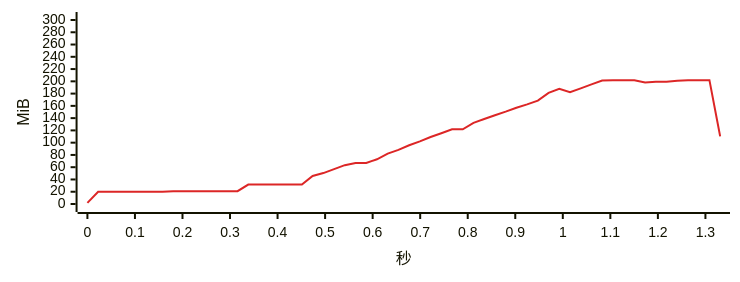
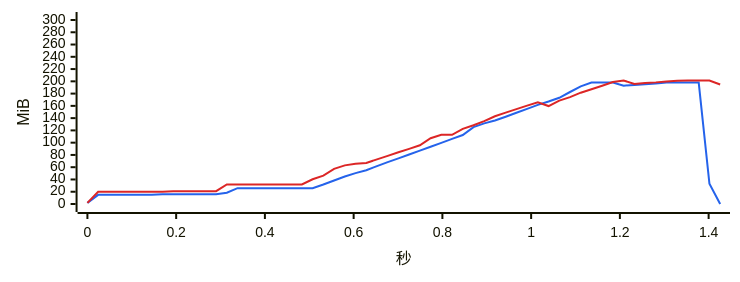
One commit to 334456777/WeFlow changed the tenth of 17 diagrams in bench/v4.1.0/summary.md. Above: the diagram before and after it, drawn with Mermaid. The commit also changed other lines of this file and 3 other files, not shown here.

````diff
--- a/bench/v4.1.0/summary.md
+++ b/bench/v4.1.0/summary.md
@@ -379,7 +386,8 @@
 ```mermaid
-%%{init: {"xyChart": {"width": 720, "height": 260}, "themeVariables": {"xyChart": {"plotColorPalette": "#dc2626"}}}}%%
+%%{init: {"xyChart": {"width": 720, "height": 260}, "themeVariables": {"xyChart": {"plotColorPalette": "#2563eb, #dc2626"}}}}%%
 xychart-beta
-    x-axis "秒" 0 --> 1.331
+    x-axis "秒" 0 --> 1.426
     y-axis "MiB" 0 --> 300
-    line [1.8, 19.9, 19.9, 19.9, 19.9, 19.9, 19.9, 19.9, 20.9, 20.9, 20.9, 20.9, 20.9, 20.9, 20.9, 31.7, 31.7, 31.7, 31.7, 31.7, 31.7, 45.8, 50.4, 56.8, 63.3, 67.0, 67.0, 72.9, 82.1, 88.3, 95.8, 102.2, 109.3, 115.4, 121.8, 121.8, 132.2, 138.6, 144.7, 150.6, 157.0, 162.5, 168.6, 181.1, 187.8, 182.2, 188.6, 195.0, 201.4, 201.9, 201.9, 201.9, 198.0, 199.2, 199.2, 200.9, 201.9, 201.9, 201.9, 110.3]
+    line [1.8, 14.9, 14.9, 14.9, 14.9, 14.9, 14.9, 15.8, 15.8, 15.8, 15.8, 15.8, 15.8, 18.3, 25.8, 25.8, 25.8, 25.8, 25.8, 25.8, 25.8, 25.8, 31.8, 38.3, 44.9, 50.4, 55.1, 61.8, 68.2, 74.4, 80.8, 87.1, 93.3, 99.7, 106.1, 112.4, 125.4, 131.5, 136.1, 142.2, 148.7, 155.1, 161.6, 167.1, 173.2, 182.6, 191.8, 198.0, 198.0, 198.0, 193.0, 194.2, 195.2, 196.3, 197.9, 197.9, 197.9, 197.9, 32.9, 0.0]
+    line [1.8, 19.9, 19.9, 19.9, 19.9, 19.9, 19.9, 19.9, 20.9, 20.9, 20.9, 20.9, 20.9, 31.8, 31.8, 31.8, 31.8, 31.8, 31.8, 31.8, 31.8, 40.3, 46.2, 57.2, 63.0, 65.6, 67.0, 72.7, 78.5, 84.3, 89.9, 95.7, 107.2, 112.8, 112.8, 122.6, 128.5, 135.1, 143.1, 148.9, 154.7, 160.4, 165.9, 159.7, 168.5, 174.3, 181.5, 187.1, 192.9, 198.8, 201.4, 195.6, 197.2, 198.3, 199.8, 200.8, 201.4, 201.4, 201.4, 194.8]
 ```
````
